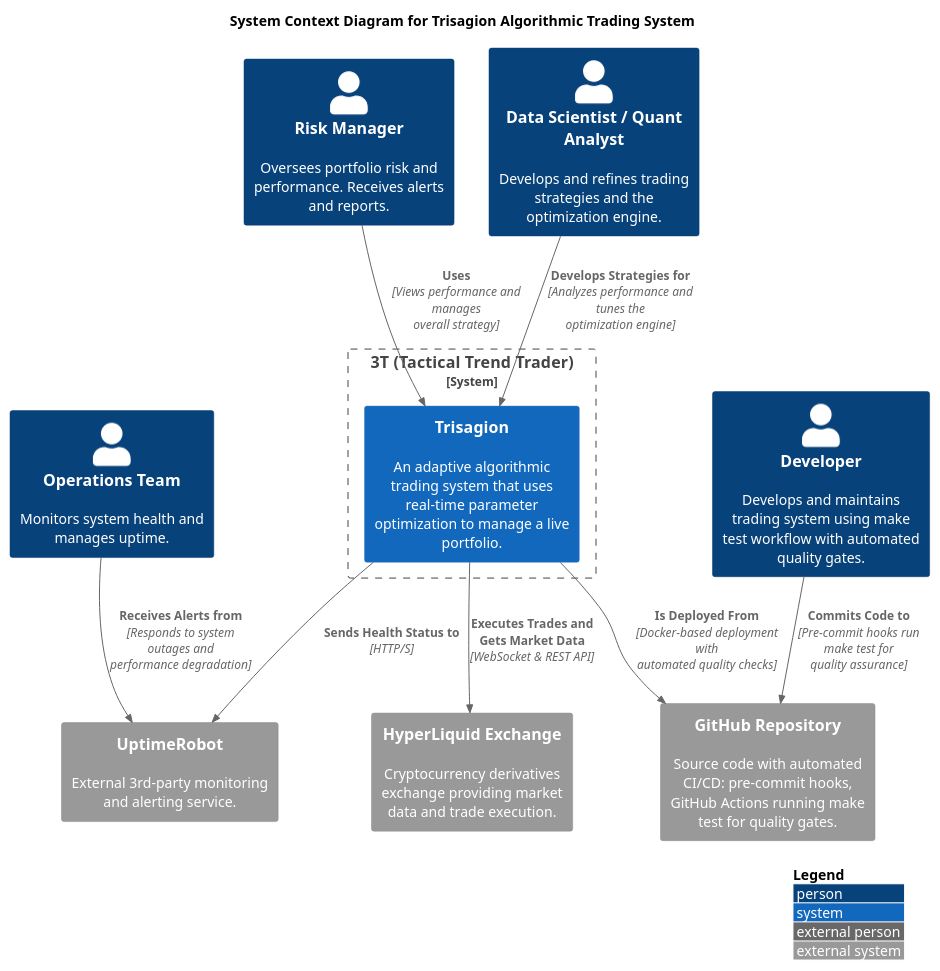
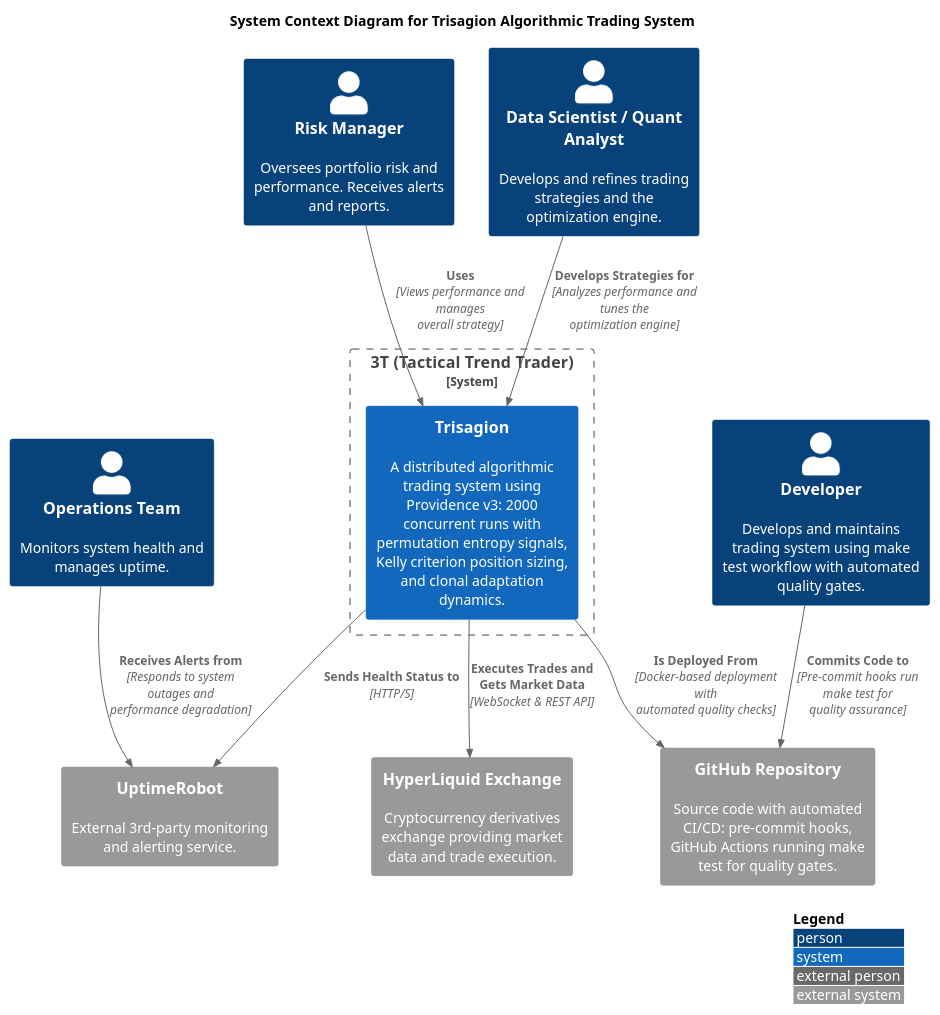
Before and after one commit to tttrisagion/3T: the diagram in docs/arch/level-1-context.puml, drawn with PlantUML. The commit also changed 18 other files, not shown here.

```diff
--- a/docs/arch/level-1-context.puml
+++ b/docs/arch/level-1-context.puml
@@ -1,32 +1,32 @@
 @startuml trisagion_system_context
 
 !include <C4/C4_Context.puml>
 
 LAYOUT_WITH_LEGEND()
 LAYOUT_TOP_DOWN()
 
 title System Context Diagram for Trisagion Algorithmic Trading System
 
 Person(risk_manager, "Risk Manager", "Oversees portfolio risk and performance. Receives alerts and reports.")
 Person(quant, "Data Scientist / Quant Analyst", "Develops and refines trading strategies and the optimization engine.")
 Person(developer, "Developer", "Develops and maintains trading system using make test workflow with automated quality gates.")
 Person(ops_team, "Operations Team", "Monitors system health and manages uptime.")
 
 System_Ext(hyperliquid, "HyperLiquid Exchange", "Cryptocurrency derivatives exchange providing market data and trade execution.")
 System_Ext(uptime_robot, "UptimeRobot", "External 3rd-party monitoring and alerting service.")
 System_Ext(github_repo, "GitHub Repository", "Source code with automated CI/CD: pre-commit hooks, GitHub Actions running make test for quality gates.")
 
 System_Boundary(c1, "3T (Tactical Trend Trader)") {
-    System(trisagion, "Trisagion", "An adaptive algorithmic trading system that uses real-time parameter optimization to manage a live portfolio.")
+    System(trisagion, "Trisagion", "A distributed algorithmic trading system using Providence v3: 2000 concurrent runs with permutation entropy signals, Kelly criterion position sizing, and clonal adaptation dynamics.")
 }
 
 Rel(risk_manager, trisagion, "Uses", "Views performance and manages overall strategy")
 Rel(quant, trisagion, "Develops Strategies for", "Analyzes performance and tunes the optimization engine")
 Rel(developer, github_repo, "Commits Code to", "Pre-commit hooks run make test for quality assurance")
 Rel(ops_team, uptime_robot, "Receives Alerts from", "Responds to system outages and performance degradation")
 
 Rel(trisagion, hyperliquid, "Executes Trades and Gets Market Data", "WebSocket & REST API")
 Rel(trisagion, uptime_robot, "Sends Health Status to", "HTTP/S")
 Rel(trisagion, github_repo, "Is Deployed From", "Docker-based deployment with automated quality checks")
 
 @enduml
```
